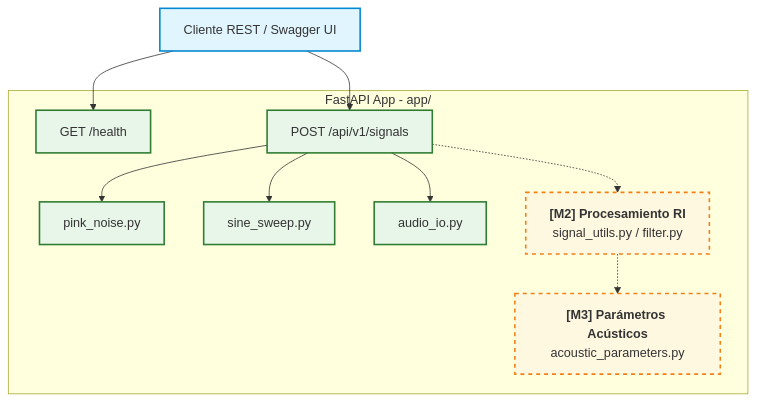
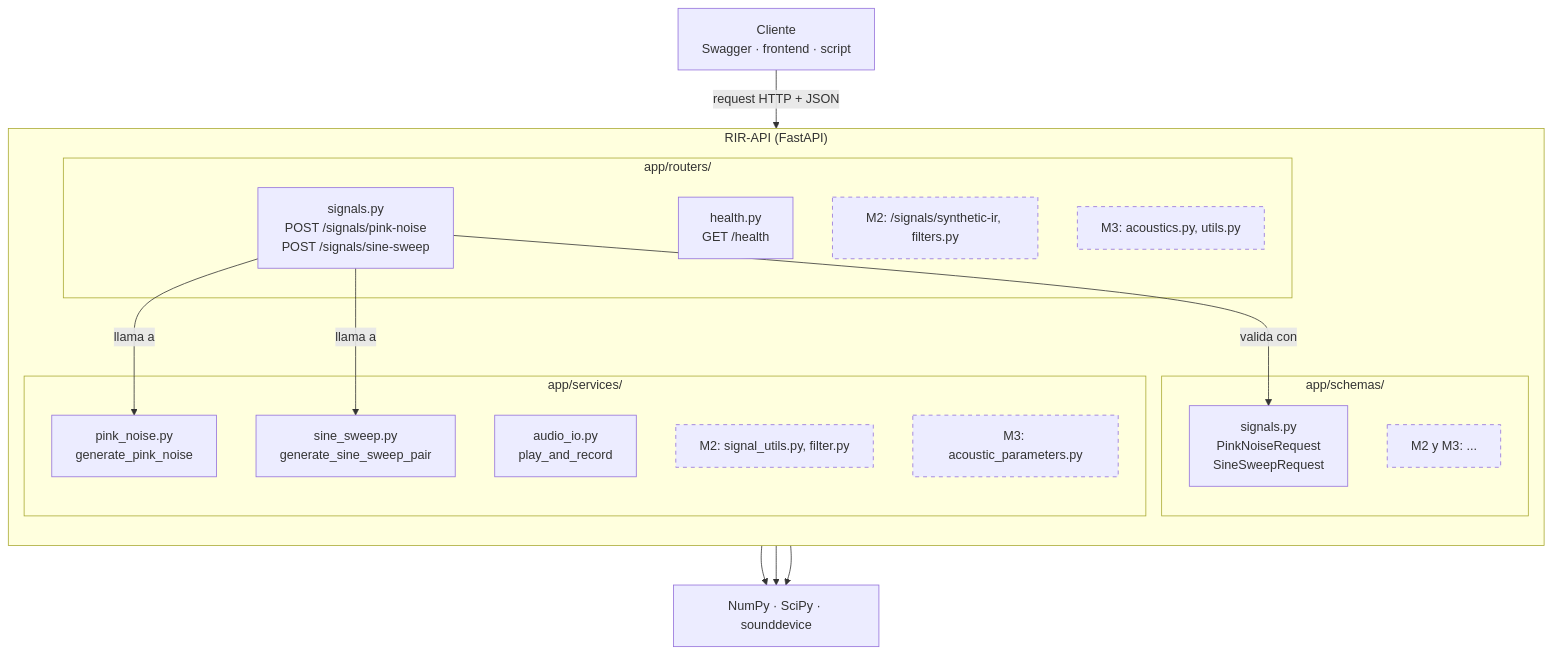
Before and after one commit to alejo1129/rir-api: the diagram in README.md, drawn with Mermaid.

````diff
--- a/README.md
+++ b/README.md
@@ -33,38 +33,34 @@
 ```mermaid
-graph TD
-    classDef client fill:#e1f5fe,stroke:#0288d1,stroke-width:2px;
-    classDef m0m1 fill:#e8f5e9,stroke:#2e7d32,stroke-width:2px;
-    classDef futuro fill:#fff8e1,stroke:#f57f17,stroke-width:2px,stroke-dasharray: 5 5;
-
-    Client[Cliente REST / Swagger UI]
-
-    subgraph API [FastAPI App - app/]
-        Health[GET /health]
-        Signals[POST /api/v1/signals]
-
-        PinkNoise[pink_noise.py]
-        SineSweep[sine_sweep.py]
-        AudioIO[audio_io.py]
-
-        M2_Proc["`**[M2] Procesamiento RI**
-        signal_utils.py / filter.py`"]
-        M3_Acous["`**[M3] Parámetros Acústicos**
-        acoustic_parameters.py`"]
+flowchart TB
+    C["Cliente<br/>Swagger · frontend · script"]
+    subgraph API["RIR-API (FastAPI)"]
+        direction TB
+        subgraph R["app/routers/"]
+            RH["health.py<br/>GET /health"]
+            RS["signals.py<br/>POST /signals/pink-noise<br/>POST /signals/sine-sweep"]
+            RM2["M2: /signals/synthetic-ir, filters.py"]
+            RM3["M3: acoustics.py, utils.py"]
+        end
+        subgraph SC["app/schemas/"]
+            SS["signals.py<br/>PinkNoiseRequest<br/>SineSweepRequest"]
+            SM["M2 y M3: ..."]
+        end
+        subgraph SV["app/services/"]
+            PN["pink_noise.py<br/>generate_pink_noise"]
+            SW["sine_sweep.py<br/>generate_sine_sweep_pair"]
+            IO["audio_io.py<br/>play_and_record"]
+            VM2["M2: signal_utils.py, filter.py"]
+            VM3["M3: acoustic_parameters.py"]
+        end
     end
-
-    %% Clases aplicadas
-    class Client client;
-    class Health,Signals,PinkNoise,SineSweep,AudioIO m0m1;
-    class M2_Proc,M3_Acous futuro;
-
-    %% Conexiones
-    Client --> Health
-    Client --> Signals
-    Signals --> PinkNoise
-    Signals --> SineSweep
-    Signals --> AudioIO
-
-    %% Flujos futuros a M2 y M3
-    Signals -.-> M2_Proc
-    M2_Proc -.-> M3_Acous
+    L["NumPy · SciPy · sounddevice"]
+    C -->|"request HTTP + JSON"| RS
+    RS -->|"valida con"| SS
+    RS -->|"llama a"| PN
+    RS -->|"llama a"| SW
+    PN --> L
+    SW --> L
+    IO --> L
+    classDef pendiente stroke-dasharray: 5 5
+    class RM2,RM3,SM,VM2,VM3 pendiente
 ```
````
